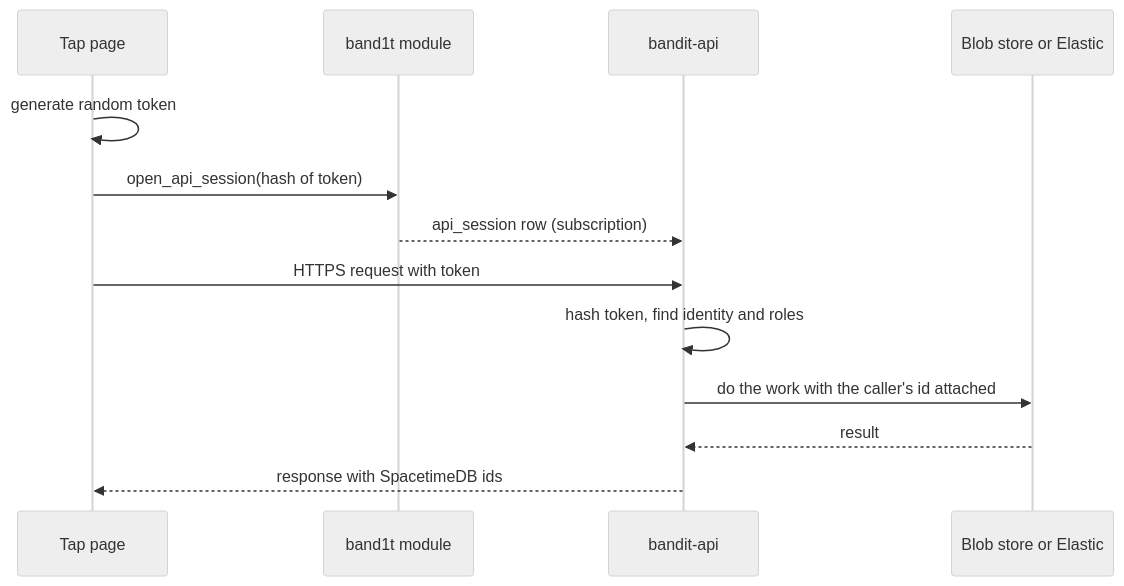
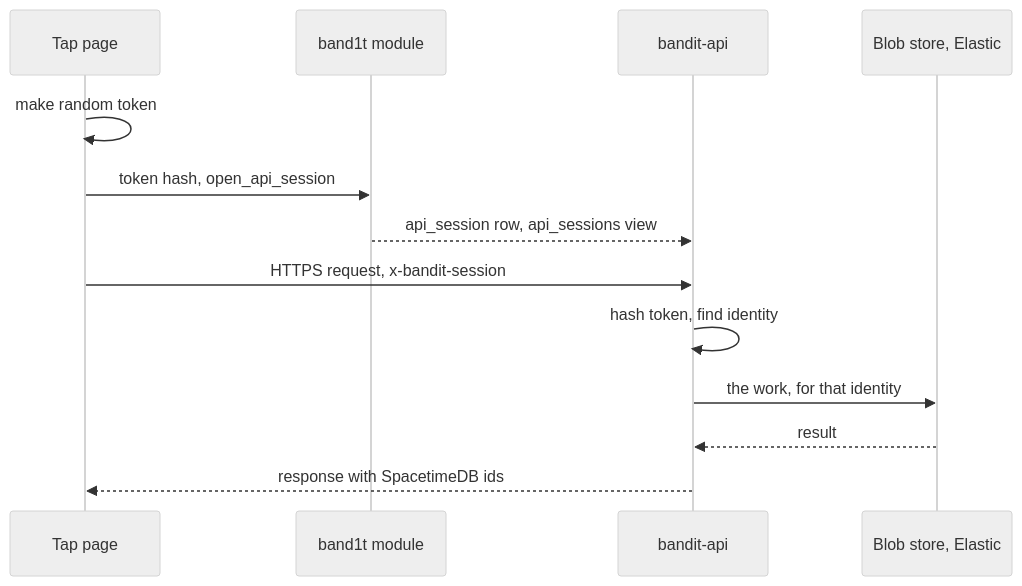
The third of 4 diagrams in System Design/3-services/Rust-Backend.md (viktorinkov/cal-hacks-13), drawn with Mermaid (neutral theme) before and after one commit. The commit also changed other lines of this file and 5 other files, not shown here.

````diff
--- a/System Design/3-services/Rust-Backend.md
+++ b/System Design/3-services/Rust-Backend.md
@@ -144,15 +162,15 @@
 ```mermaid
 sequenceDiagram
   participant A as Tap page
   participant M as band1t module
   participant API as bandit-api
-  participant X as Blob store or Elastic
-  A->>A: generate random token
-  A->>M: open_api_session(hash of token)
-  M-->>API: api_session row (subscription)
-  A->>API: HTTPS request with token
-  API->>API: hash token, find identity and roles
-  API->>X: do the work with the caller's id attached
+  participant X as Blob store, Elastic
+  A->>A: make random token
+  A->>M: token hash, open_api_session
+  M-->>API: api_session row, api_sessions view
+  A->>API: HTTPS request, x-bandit-session
+  API->>API: hash token, find identity
+  API->>X: the work, for that identity
   X-->>API: result
   API-->>A: response with SpacetimeDB ids
 ```
````
